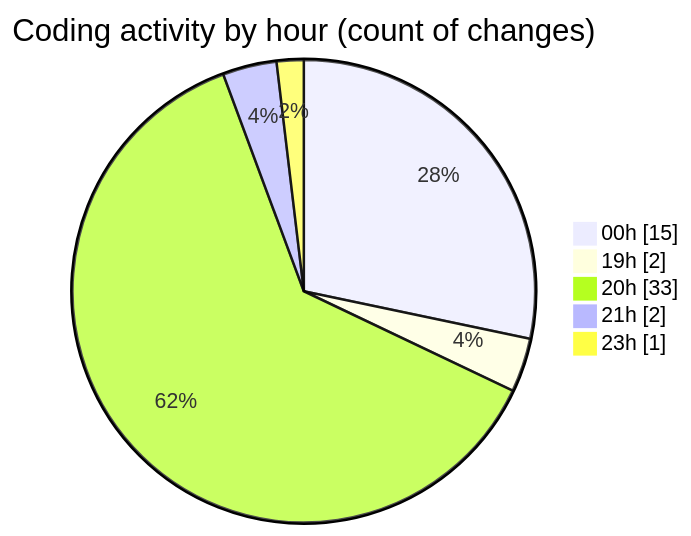
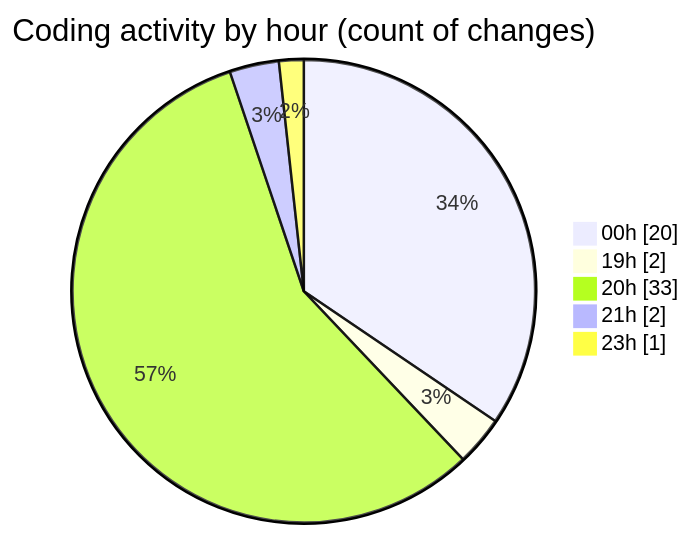
Before and after one commit to ernivani/code-tracking: the second of 2 diagrams in 2024-12-29/my-code-activity-ext/README.md, drawn with Mermaid. The commit also changed other lines of this file and 2 other files, not shown here.

````diff
--- a/2024-12-29/my-code-activity-ext/README.md
+++ b/2024-12-29/my-code-activity-ext/README.md
@@ -50,9 +50,9 @@
 ```mermaid
 pie showData
 title Coding activity by hour (count of changes)
-"00h" : 15
+"00h" : 20
 "19h" : 2
 "20h" : 33
 "21h" : 2
 "23h" : 1
 ```
````
